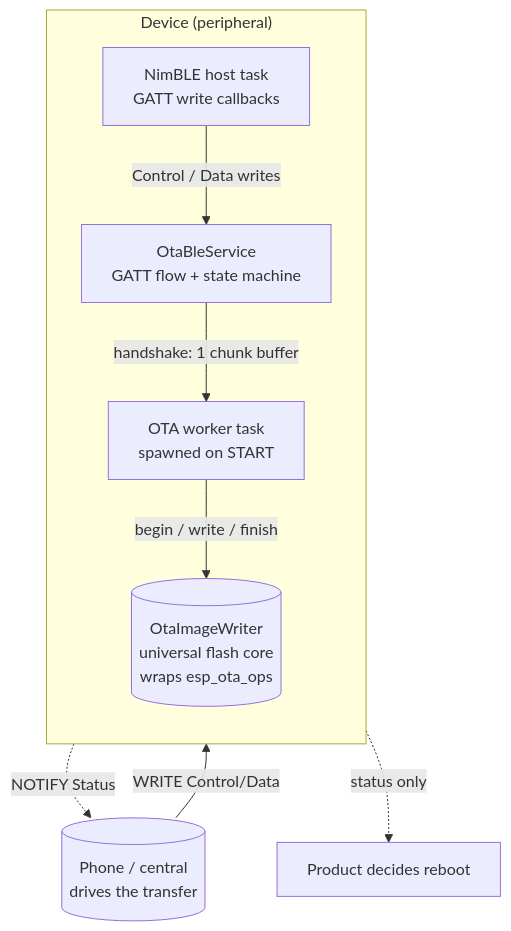
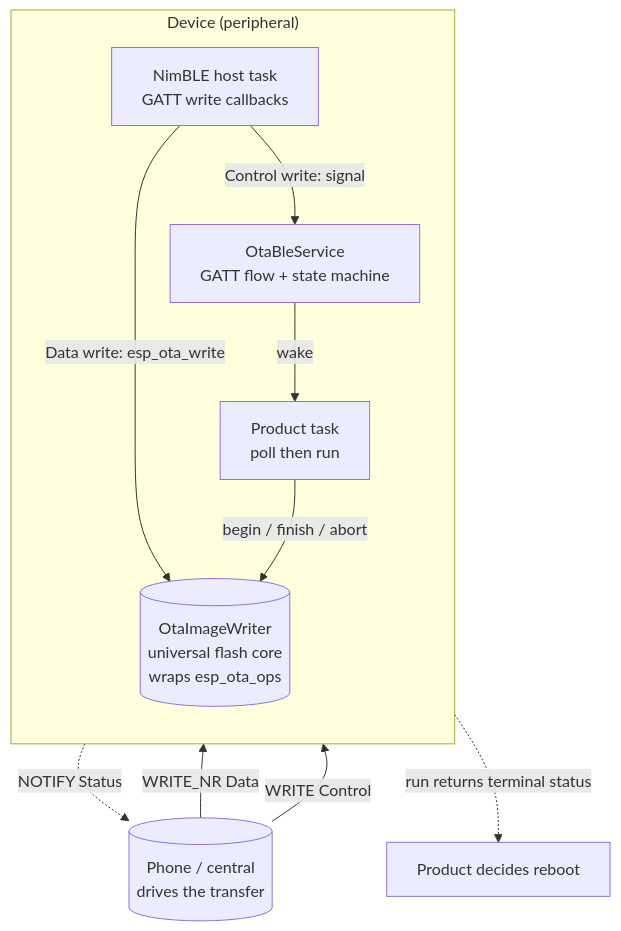
One commit to mattMRBH/firmware-core changed the first of 3 diagrams in components/airgradient-ota/spec-ble.md. Above: the diagram before and after it, drawn with Mermaid. The commit also changed other lines of this file and 9 other files, not shown here.

````diff
--- a/components/airgradient-ota/spec-ble.md
+++ b/components/airgradient-ota/spec-ble.md
@@ -92,19 +119,21 @@
 ```mermaid
 flowchart TB
     Ph[(Phone / central<br/>drives the transfer)]
 
     subgraph DEV["Device (peripheral)"]
         direction TB
         NB[NimBLE host task<br/>GATT write callbacks]
         BS[OtaBleService<br/>GATT flow + state machine]
-        WK[OTA worker task<br/>spawned on START]
+        PT[Product task<br/>poll then run]
         W[("OtaImageWriter<br/>universal flash core<br/>wraps esp_ota_ops")]
-        NB -->|Control / Data writes| BS
-        BS -->|handshake: 1 chunk buffer| WK
-        WK -->|begin / write / finish| W
+        NB -->|Data write: esp_ota_write| W
+        NB -->|Control write: signal| BS
+        BS -->|wake| PT
+        PT -->|begin / finish / abort| W
     end
 
-    Ph -->|WRITE Control/Data| NB
+    Ph -->|WRITE_NR Data| NB
+    Ph -->|WRITE Control| NB
     BS -.->|NOTIFY Status| Ph
-    W -.->|status only| PR[Product decides reboot]
+    PT -.->|run returns terminal status| PR[Product decides reboot]
 ```
````
